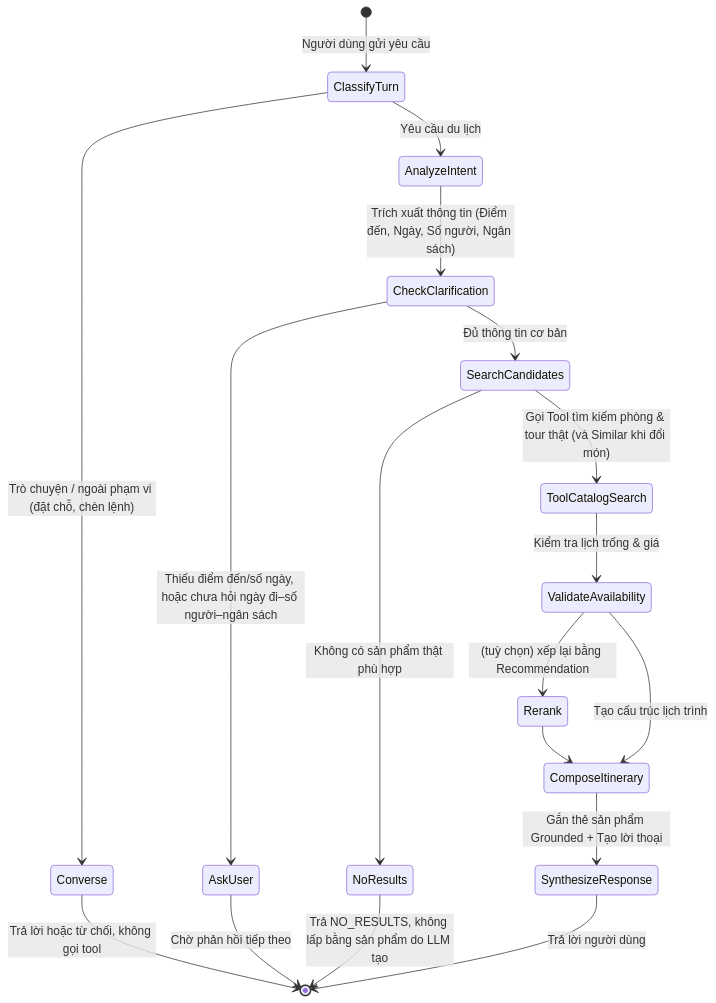
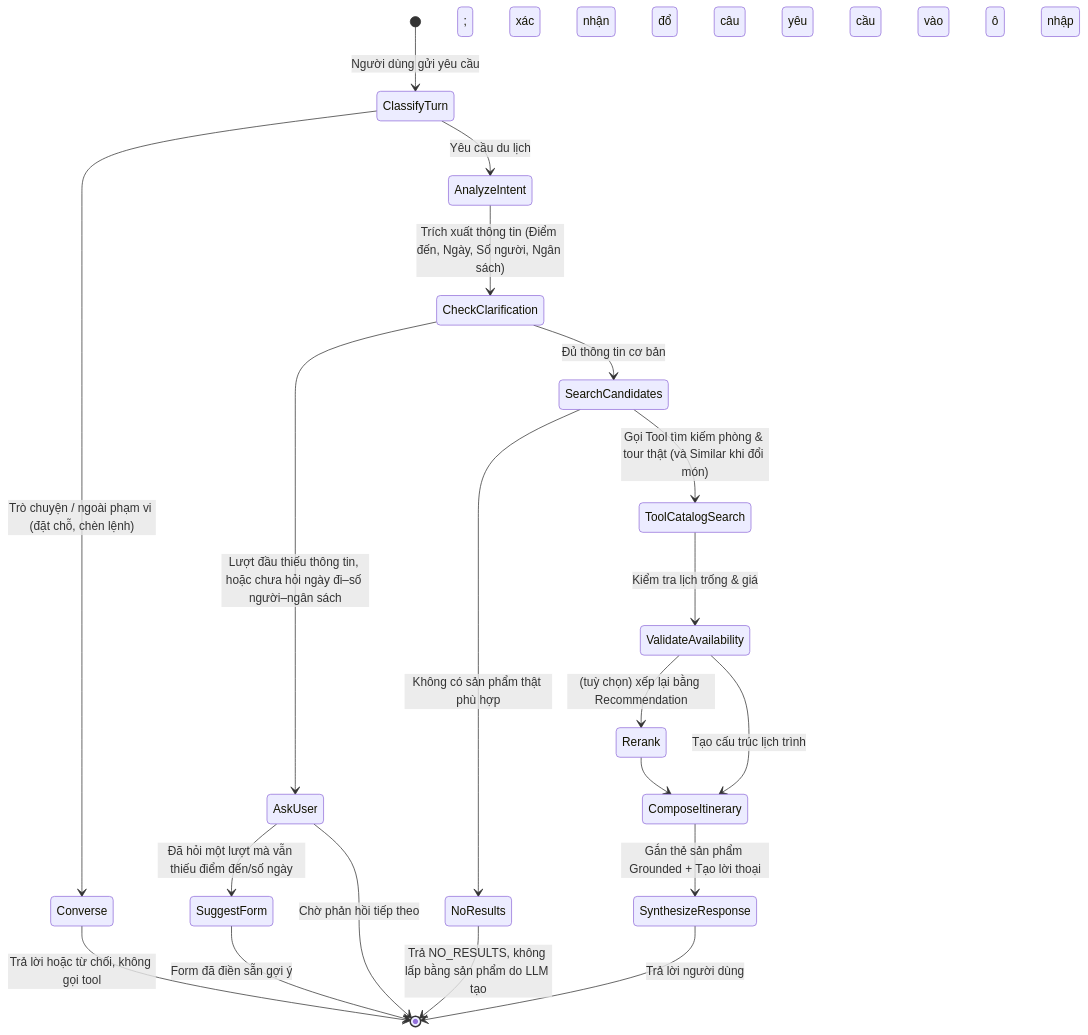
Before and after one commit to NguyenNhat4/Travel-Recommend-System: the second of 2 diagrams in docs/prd/architecture.md, drawn with Mermaid. The commit also changed 27 other files, not shown here.

First line of the commit message:
feat(agent): form gợi ý thông tin chuyến đi khi hỏi lại 2 lượt vẫn thiếu

````diff
--- a/docs/prd/architecture.md
+++ b/docs/prd/architecture.md
@@ -171,23 +171,25 @@
 ```mermaid
 stateDiagram-v2
     [*] --> ClassifyTurn: Người dùng gửi yêu cầu
     ClassifyTurn --> Converse: Trò chuyện / ngoài phạm vi (đặt chỗ, chèn lệnh)
     Converse --> [*]: Trả lời hoặc từ chối, không gọi tool
     ClassifyTurn --> AnalyzeIntent: Yêu cầu du lịch
     AnalyzeIntent --> CheckClarification: Trích xuất thông tin (Điểm đến, Ngày, Số người, Ngân sách)
     
-    CheckClarification --> AskUser: Thiếu điểm đến/số ngày, hoặc chưa hỏi ngày đi–số người–ngân sách
+    CheckClarification --> AskUser: Lượt đầu thiếu thông tin, hoặc chưa hỏi ngày đi–số người–ngân sách
+    AskUser --> SuggestForm: Đã hỏi một lượt mà vẫn thiếu điểm đến/số ngày
+    SuggestForm --> [*]: Form đã điền sẵn gợi ý; xác nhận đổ câu yêu cầu vào ô nhập
     AskUser --> [*]: Chờ phản hồi tiếp theo
     
     CheckClarification --> SearchCandidates: Đủ thông tin cơ bản
     SearchCandidates --> ToolCatalogSearch: Gọi Tool tìm kiếm phòng & tour thật (và Similar khi đổi món)
     ToolCatalogSearch --> ValidateAvailability: Kiểm tra lịch trống & giá
     
     SearchCandidates --> NoResults: Không có sản phẩm thật phù hợp
     NoResults --> [*]: Trả NO_RESULTS, không lấp bằng sản phẩm do LLM tạo
     ValidateAvailability --> Rerank: (tuỳ chọn) xếp lại bằng Recommendation
     Rerank --> ComposeItinerary
     ValidateAvailability --> ComposeItinerary: Tạo cấu trúc lịch trình
     ComposeItinerary --> SynthesizeResponse: Gắn thẻ sản phẩm Grounded + Tạo lời thoại
     SynthesizeResponse --> [*]: Trả lời người dùng
 ```
````
